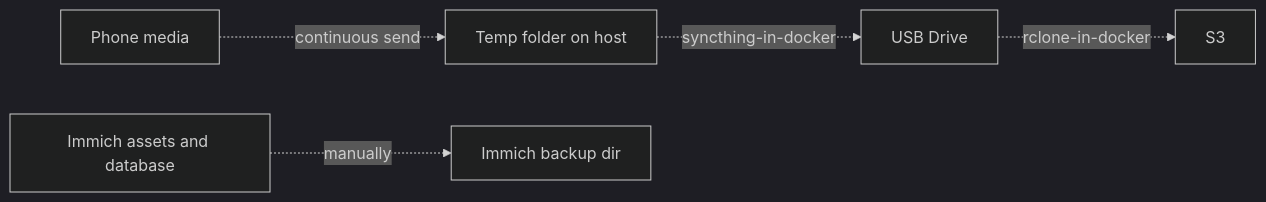
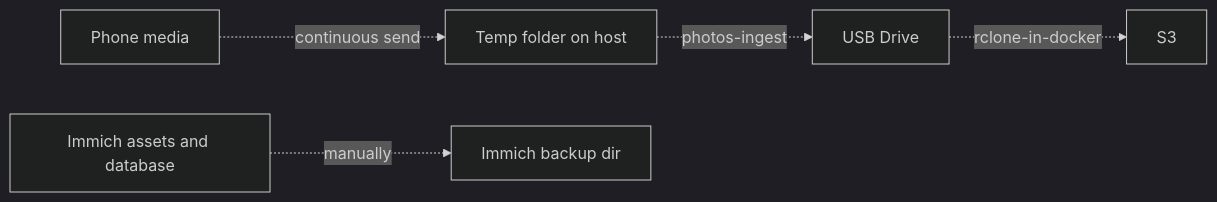
The diagram in README.md (funduck/photos), drawn with Mermaid (dark theme) before and after one commit. The commit also changed other lines of this file and 13 other files, not shown here.

Commit message:
removed syncthing in container, ingest service copies data to external drive and transcodes when needed

````diff
--- a/README.md
+++ b/README.md
@@ -29,7 +30,7 @@
 ```mermaid
 flowchart LR
     P[Phone media] -. continuous send .-> T[Temp folder on host]
-    T -. syncthing-in-docker .-> S[USB Drive]
+    T -. photos-ingest .-> S[USB Drive]
     S -. rclone-in-docker .-> B[S3]
     I[Immich assets and database] -. manually .-> IB[Immich backup dir]
 ```
````
